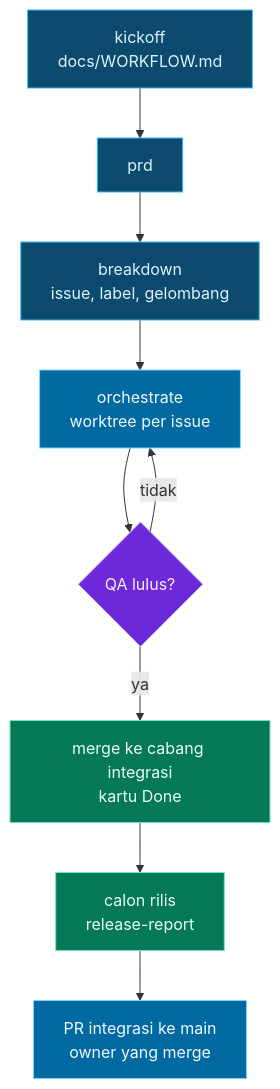
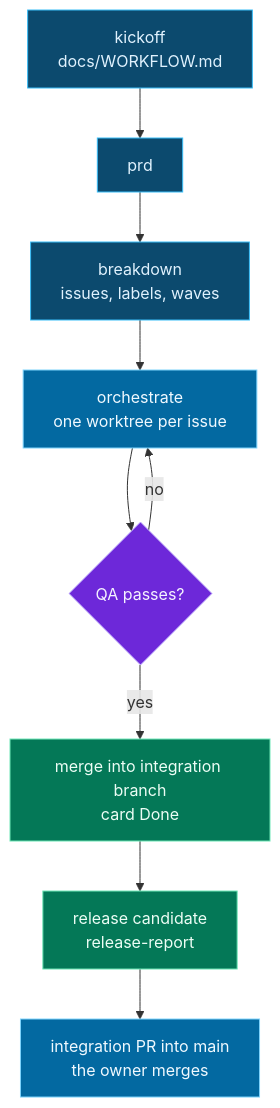
The diagram in README.md (goeroeku/aicrew), drawn with Mermaid before and after one commit. The commit also changed other lines of this file and 1 other file, not shown here.

````diff
--- a/README.md
+++ b/README.md
@@ -23,20 +23,20 @@
 ```mermaid
 flowchart TD
   A["kickoff<br/>docs/WORKFLOW.md"] --> B["prd"]
-  B --> C["breakdown<br/>issue, label, gelombang"]
-  C --> D["orchestrate<br/>worktree per issue"]
-  D --> E{"QA lulus?"}
-  E -- tidak --> D
-  E -- ya --> F["merge ke cabang integrasi<br/>kartu Done"]
-  F --> G["calon rilis<br/>release-report"]
-  G --> H["PR integrasi ke main<br/>owner yang merge"]
+  B --> C["breakdown<br/>issues, labels, waves"]
+  C --> D["orchestrate<br/>one worktree per issue"]
+  D --> E{"QA passes?"}
+  E -- no --> D
+  E -- yes --> F["merge into integration branch<br/>card Done"]
+  F --> G["release candidate<br/>release-report"]
+  G --> H["integration PR into main<br/>the owner merges"]
   classDef biru fill:#0c4a6e,stroke:#38bdf8,color:#e0f2fe
   classDef cerah fill:#0369a1,stroke:#7dd3fc,color:#f0f9ff
   classDef ungu fill:#6d28d9,stroke:#c4b5fd,color:#f5f3ff
   classDef hijau fill:#047857,stroke:#6ee7b7,color:#ecfdf5
   class A,B,C biru
   class D cerah
   class E ungu
   class F,G hijau
   class H cerah
 ```
````
